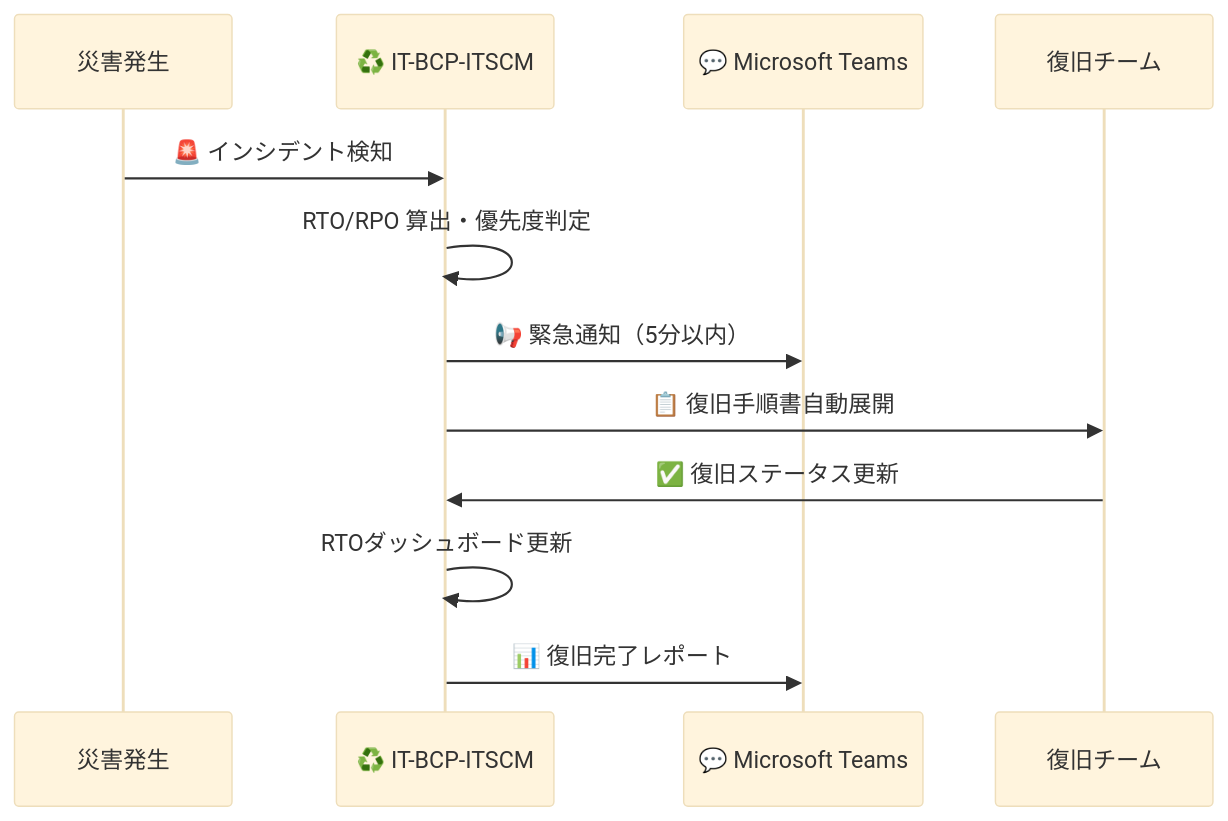
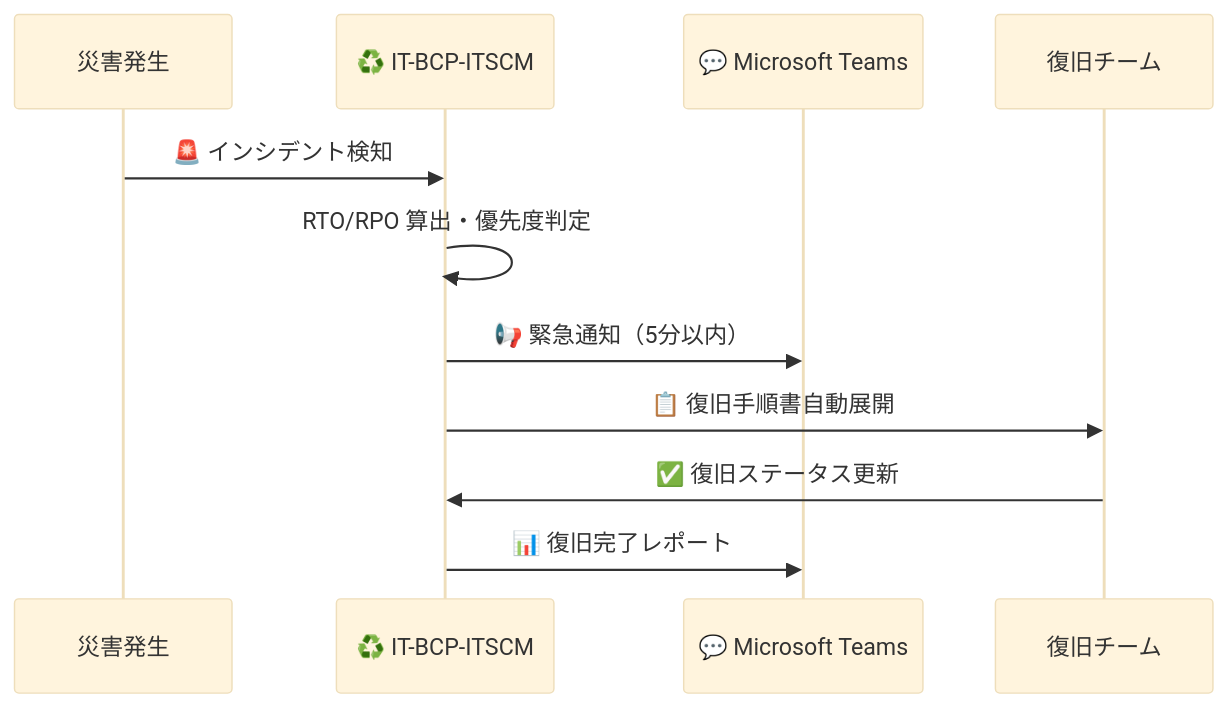
Before and after one commit to Kensan196948G/Construction-DX-One-System: the third of 8 diagrams in README.md, drawn with Mermaid (base theme). The commit also changed other lines of this file and 6 other files, not shown here.

````diff
--- a/README.md
+++ b/README.md
@@ -311,15 +221,14 @@
 ```mermaid
 sequenceDiagram
     participant 災害発生
     participant IBIS as ♻️ IT-BCP-ITSCM
     participant Teams as 💬 Microsoft Teams
     participant 復旧チーム
 
     災害発生->>IBIS: 🚨 インシデント検知
     IBIS->>IBIS: RTO/RPO 算出・優先度判定
     IBIS->>Teams: 📢 緊急通知（5分以内）
     IBIS->>復旧チーム: 📋 復旧手順書自動展開
     復旧チーム->>IBIS: ✅ 復旧ステータス更新
-    IBIS->>IBIS: RTOダッシュボード更新
     IBIS->>Teams: 📊 復旧完了レポート
 ```
````
